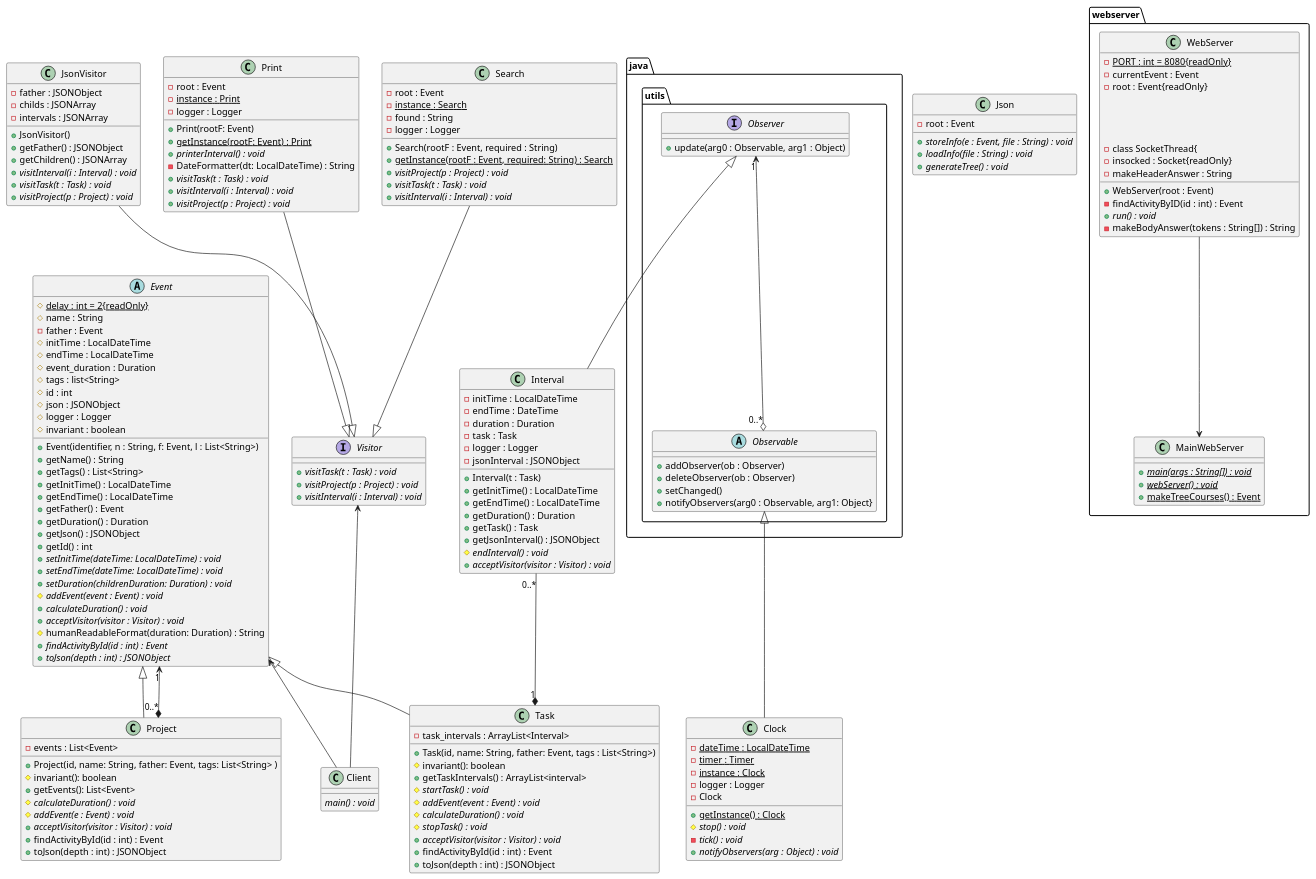
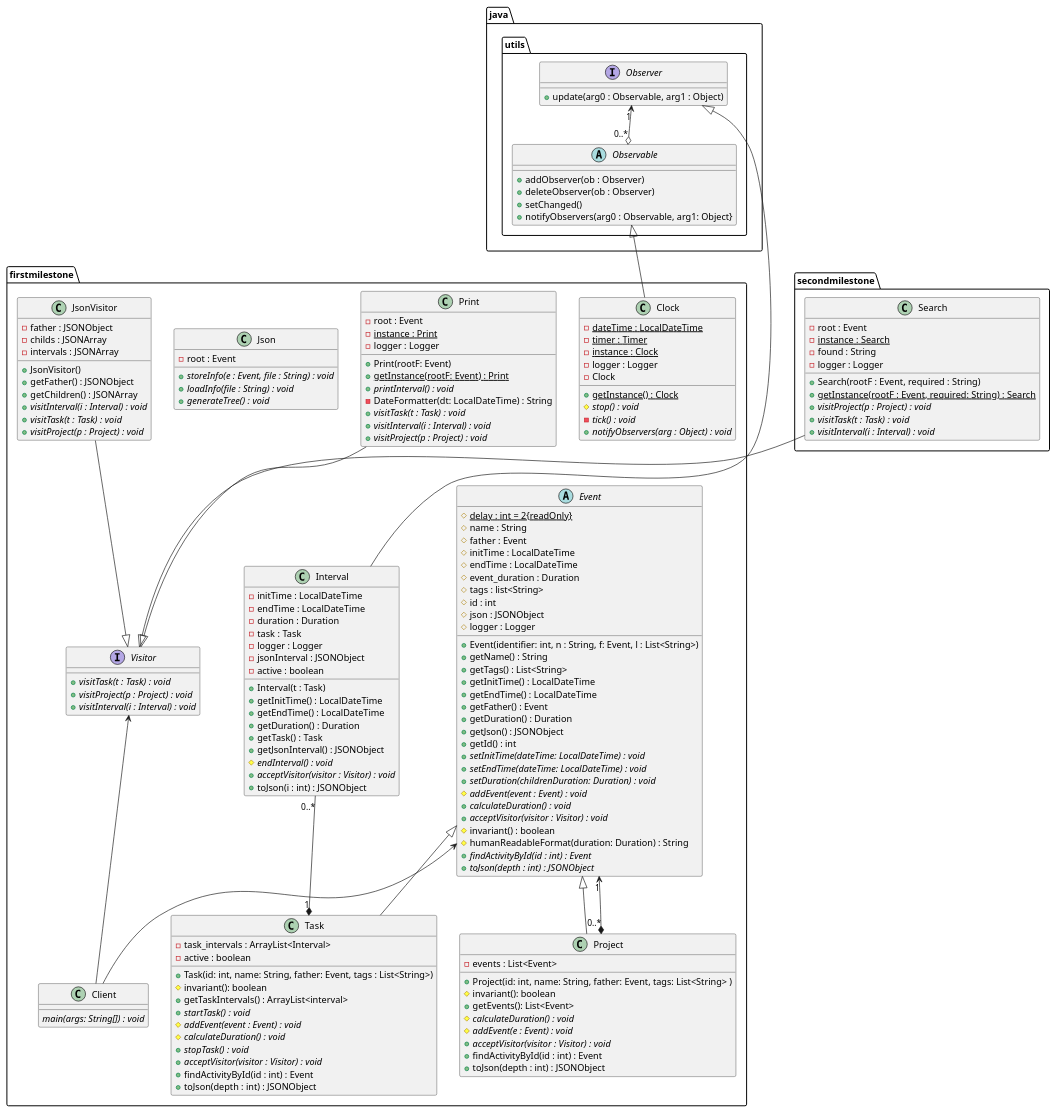
The diagram in Class_diag.puml (guillem-martinez/DS-Projecte), drawn with PlantUML before and after one commit. The commit also changed 1 other file, not shown here.

```diff
--- a/Class_diag.puml
+++ b/Class_diag.puml
@@ -1,10 +1,10 @@
 @startuml
 'https://plantuml.com/class-diagram
 
-
+package "firstmilestone"{
 class Project{
 - events : List<Event>
-+ Project(id, name: String, father: Event, tags: List<String> )
++ Project(id: int, name: String, father: Event, tags: List<String> )
 # invariant(): boolean
 + getEvents(): List<Event>
 # //calculateDuration() : void//
@@ -16,13 +16,14 @@
 
 class Task{
 - task_intervals : ArrayList<Interval>
-+ Task(id, name: String, father: Event, tags : List<String>)
+- active : boolean
++ Task(id: int, name: String, father: Event, tags : List<String>)
 # invariant(): boolean
 + getTaskIntervals() : ArrayList<interval>
-# //startTask() : void//
++ //startTask() : void//
 # //addEvent(event : Event) : void//
 # //calculateDuration() : void//
-# //stopTask() : void//
++ //stopTask() : void//
 + //acceptVisitor(visitor : Visitor) : void//
 + findActivityById(id : int) : Event
 + toJson(depth : int) : JSONObject
@@ -31,7 +32,7 @@
 abstract Event{
 # {static} delay : int = 2{readOnly}
 # name : String
-- father : Event
+# father : Event
 # initTime : LocalDateTime
 # endTime : LocalDateTime
 # event_duration : Duration
@@ -39,7 +40,7 @@
 # id : int
 # json : JSONObject
 # logger : Logger
-+ Event(identifier, n : String, f: Event, l : List<String>)
++ Event(identifier: int, n : String, f: Event, l : List<String>)
 + getName() : String
 + getTags() : List<String>
 + getInitTime() : LocalDateTime
@@ -54,7 +55,7 @@
 # //addEvent(event : Event) : void//
 + //calculateDuration() : void//
 + //acceptVisitor(visitor : Visitor) : void//
-# invariant : boolean
+# invariant() : boolean
 # humanReadableFormat(duration: Duration) : String
 + //findActivityById(id : int) : Event//
 + //toJson(depth : int) : JSONObject//
@@ -74,11 +75,12 @@
 
 class Interval{
 - initTime : LocalDateTime
-- endTime : DateTime
+- endTime : LocalDateTime
 - duration : Duration /'cada golpe de reloj incremento'/
 - task : Task
 - logger : Logger
 - jsonInterval : JSONObject
+- active : boolean
 + Interval(t : Task)
 + getInitTime() : LocalDateTime
 + getEndTime() : LocalDateTime
@@ -87,6 +89,7 @@
 + getJsonInterval() : JSONObject
 # //endInterval() : void//
 + //acceptVisitor(visitor : Visitor) : void//
++ toJson(i : int) : JSONObject
 }
 
 interface Visitor{
@@ -101,42 +104,17 @@
 - logger : Logger
 + Print(rootF: Event)
 + {static}getInstance(rootF: Event) : Print
-+ //printerInterval() : void//
++ //printInterval() : void//
 - DateFormatter(dt: LocalDateTime) : String
 + //visitTask(t : Task) : void//
 + //visitInterval(i : Interval) : void//
 + //visitProject(p : Project) : void//
 }
 
-package "java.utils"{
-interface Observer{
-+ update(arg0 : Observable, arg1 : Object)
-}
-
-abstract Observable{
-+ addObserver(ob : Observer)
-+ deleteObserver(ob : Observer)
-+ setChanged()
-+ notifyObservers(arg0 : Observable, arg1: Object}
-}
-}
 
 
 class Client{
-//main() : void//
-}
-
-
-class Search{
-- root : Event
-- {static} instance : Search
-- found : String
-- logger : Logger
-+ Search(rootF : Event, required : String)
-+ {static} getInstance(rootF : Event, required: String) : Search
-+ //visitProject(p : Project) : void//
-+ //visitTask(t : Task) : void//
-+ //visitInterval(i : Interval) : void//
+//main(args: String[]) : void//
 }
 
 class Json{
@@ -158,34 +136,35 @@
 + //visitTask(t : Task) : void//
 + //visitProject(p : Project) : void//
 }
-
-package "webserver"{
-class WebServer{
-- {static} PORT : int = 8080{readOnly}
-- currentEvent : Event
-- root : Event{readOnly}
-+ WebServer(root : Event)
-- findActivityByID(id : int) : Event
-
-
-
-
-- class SocketThread{
-- insocked : Socket{readOnly}
-+ //run() : void//
-- makeBodyAnswer(tokens : String[]) : String
-- makeHeaderAnswer : String
 }
 
-
-
-class MainWebServer{
-+ //{static} main(args : String[]) : void//
-+ //{static} webServer() : void//
-+ {static} makeTreeCourses() : Event
+package "secondmilestone" {
+class Search{
+- root : Event
+- {static} instance : Search
+- found : String
+- logger : Logger
++ Search(rootF : Event, required : String)
++ {static} getInstance(rootF : Event, required: String) : Search
++ //visitProject(p : Project) : void//
++ //visitTask(t : Task) : void//
++ //visitInterval(i : Interval) : void//
+}
 }
 
+package "java.utils"{
+interface Observer{
++ update(arg0 : Observable, arg1 : Object)
 }
+
+abstract Observable{
++ addObserver(ob : Observer)
++ deleteObserver(ob : Observer)
++ setChanged()
++ notifyObservers(arg0 : Observable, arg1: Object}
+}
+}
+
 
 Event <|-- Task
 Event <|-- Project
@@ -199,6 +178,6 @@
 Print --|> Visitor
 Search --|> Visitor
 JsonVisitor --|> Visitor
-WebServer --> MainWebServer
+
 
 @enduml
```
